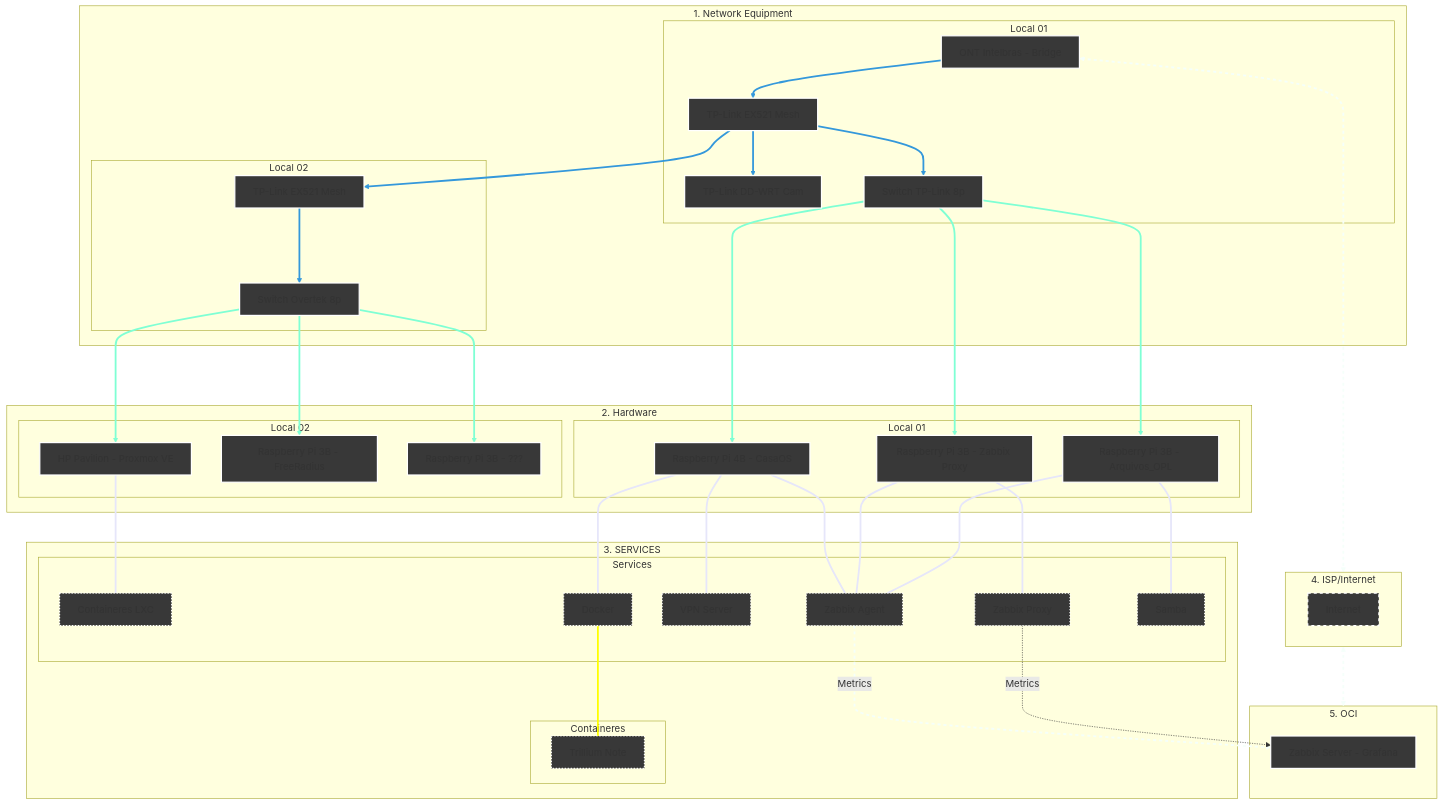
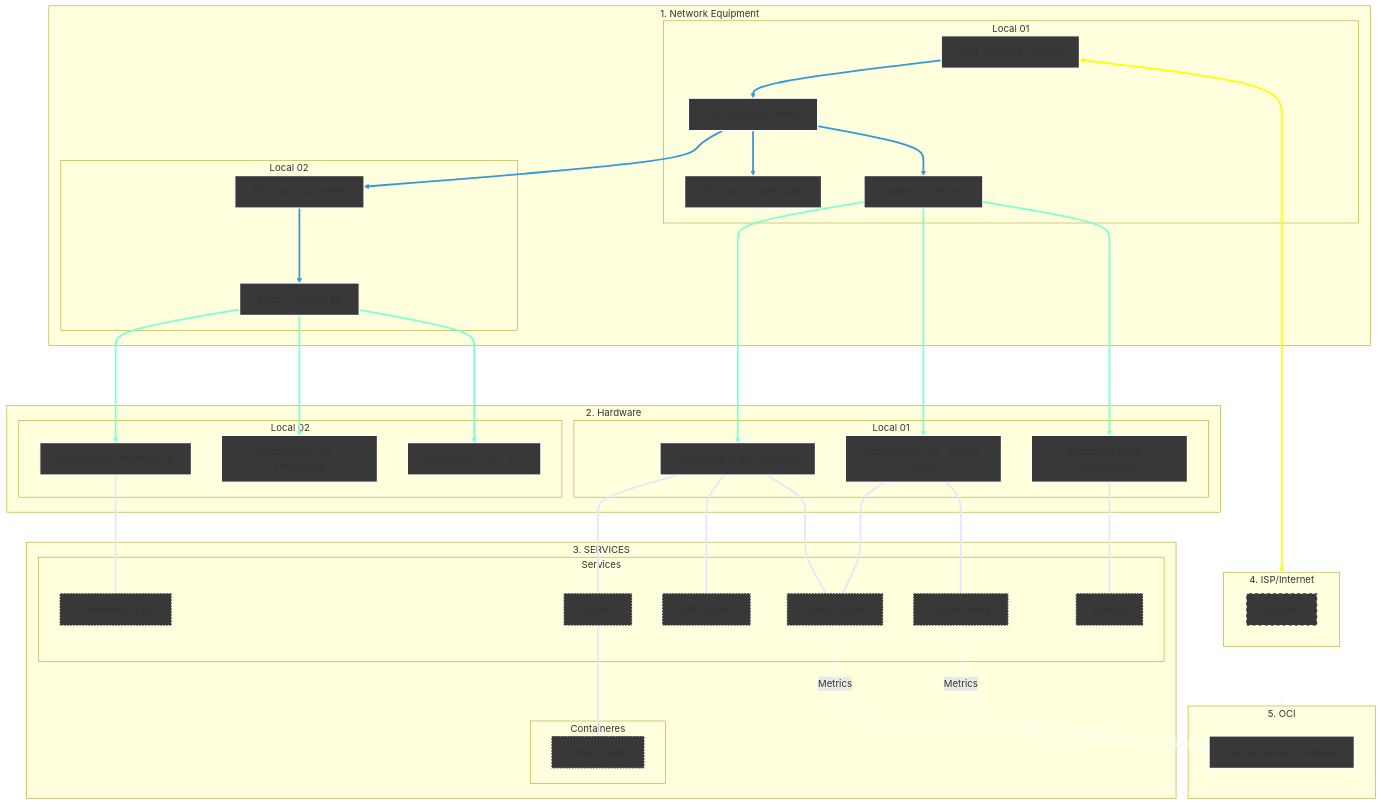
Before and after one commit to kevindexter22/Dr-Hardware-Autonet: the diagram in Infrastructure/README.md, drawn with Mermaid.

Commit message:
Remove RPi3B_1 Zabbix Agent from README diagram
Removed RPi3B_1 entry for Zabbix Agent from the diagram.

````diff
--- a/Infrastructure/README.md
+++ b/Infrastructure/README.md
@@ -13,80 +13,79 @@
 ```mermaid
 graph TD
     %% Styles
     classDef network fill:#383838,stroke:#FFFFFF,stroke-width:2px;
     classDef hardware fill:#383838,stroke:#FFFFFF,stroke-width:2px;
     classDef internet fill:#383838,stroke:#FFFFFF,stroke-width:2px,stroke-dasharray: 5 5;
     classDef services fill:#383838,stroke:#FFFFFF,stroke-width:2px, stroke-dasharray: 2 3;
     classDef oci fill:#383838,stroke:#FFFFFF,stroke-width:2px;
 
     %% 1. NETWORK EQUIPMENT
     subgraph Principal["1. Network Equipment"]
     subgraph S1 [Local 01]
         ONT[ONT Intelbras - Bridge]:::network --> R_Mesh1[TP-Link EX521 Mesh]:::network
         R_Mesh1 --> R_Cams[TP-Link DD-WRT Cam]:::network 
         R_Mesh1 --> SW1[Switch TP-Link 8p]:::network  
     end
     subgraph S2 [Local 02]
         R_Mesh1 --> R_Mesh2[TP-Link EX521 Mesh]:::network
         R_Mesh2 ---> SW2[Switch Overtek 8p]:::network
     end
     end
     
     %% 2. HARDWARE
     subgraph Principal02["2. Hardware"]
     subgraph S3 [Local 01]
         SW1 ---> RPi4B[Raspberry Pi 4B - CasaOS]:::hardware
         SW1 ---> RPi3B_2[Raspberry Pi 3B - Zabbix Proxy]:::hardware
         SW1 ---> RPi3B_1[Raspberry Pi 3B - Arquivos_OPL]:::hardware
     end
     subgraph S4 [Local 02]
         SW2 ---> HP[HP Pavilion - Proxmox VE]:::hardware
         SW2 ---> RPi3B_3[Raspberry Pi 3B - FreeRadius]:::hardware
         SW2 ---> RPi3B_4[Raspberry Pi 3B - ???]:::hardware
     end
     end
 
     %% 3. SERVICES
     subgraph Principal03["3. SERVICES"]
     subgraph S5 [Services];
         HP --- PVE[Containeres LXC]:::services
         RPi4B --- Docker[Docker]:::services     
         RPi4B --- VPN[VPN Server]:::services
         RPi4B --- ZA[Zabbix Agent]:::services
         RPi3B_2 --- ZP[Zabbix Proxy]:::services
         RPi3B_2 --- ZA[Zabbix Agent]:::services
-        RPi3B_1 --- ZA[Zabbix Agent]:::services
         RPi3B_1 --- SMB1[Samba]:::services
     end
     subgraph S6 [Containeres];
         Docker[Docker] --- Trillium[Trillium Note]:::services
     end
     end
 
     %% 4. Internet (The Bridge)
     subgraph S7 [4. ISP/Internet]
            internet[Internet]:::internet
     end
 
     %% 5. Oracle Cloud Infrastructure
     subgraph S8 [5. OCI]
         ZS[Zabbix Server - Grafana]:::oci
     end
 
     %% Conections of data flow
     ONT <--> S7
     S7 <--> S8
     
     %% Logical conections
     ZA -.-> |Metrics| ZS
     ZP -.-> |Metrics| ZS 
 
     %% --- Set collor on conections ---
     
     linkStyle 0,1,2,3,4 stroke:#3498db,stroke-width:3px;
     linkStyle 5,6,7,8,9,10 stroke:#7FFFD4,stroke-width:3px;
     linkStyle 11,12,13,14,15,16,17,18 stroke:#E6E6FA,stroke-width:3px;
     linkStyle 19 stroke:#FFFF00,stroke-width:3px;
     linkStyle 20,21,22 stroke:#F5FFFA,stroke-width:3px,stroke-dasharray: 5 5;
 
 ```
````
